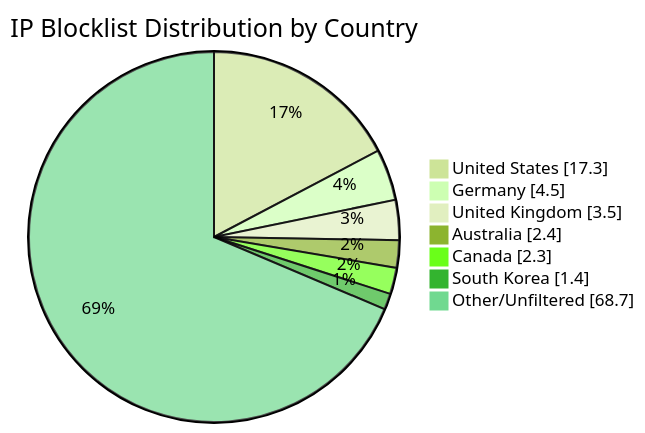
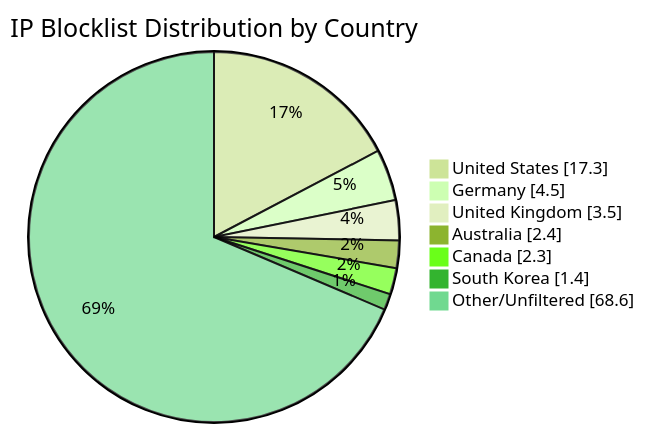
One commit to MarcusHoltz/ipblocklist-geofiltered-aggregator changed the diagram in README.md. Above: the diagram before and after it, drawn with Mermaid (forest theme). The commit also changed other lines of this file and 9 other files, not shown here.

````diff
--- a/README.md
+++ b/README.md
@@ -34,10 +34,10 @@
 ```mermaid
 pie showData title IP Blocklist Distribution by Country
 "United States" : 17.3
 "Germany" : 4.5
 "United Kingdom" : 3.5
 "Australia" : 2.4
 "Canada" : 2.3
 "South Korea" : 1.4
-"Other/Unfiltered" : 68.7
+"Other/Unfiltered" : 68.6
 ```
````
